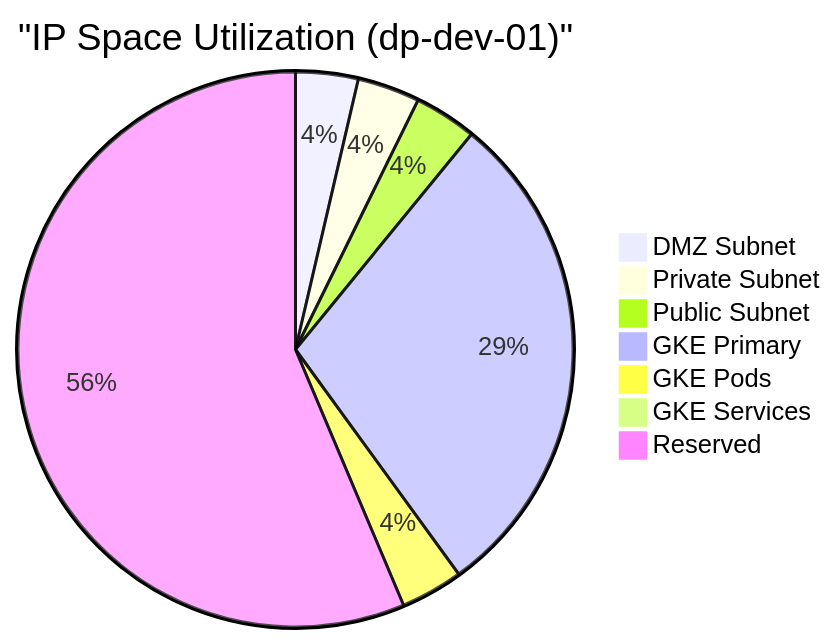
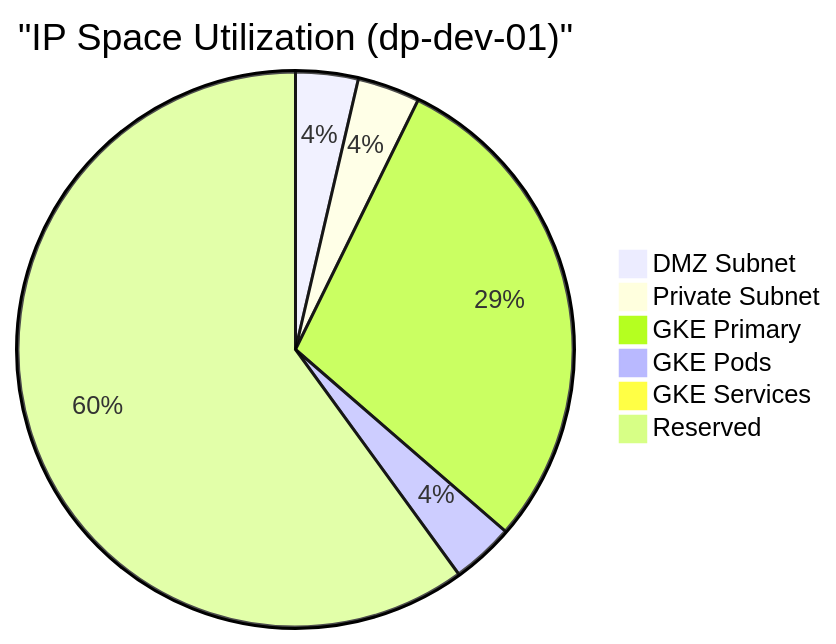
Before and after one commit to spolspol/terragrunt-gcp-org-automation: the sixth of 7 diagrams in docs/ARCHITECTURE_DIAGRAM.md, drawn with Mermaid. The commit also changed other lines of this file and 3 other files, not shown here.

````diff
--- a/docs/ARCHITECTURE_DIAGRAM.md
+++ b/docs/ARCHITECTURE_DIAGRAM.md
@@ -303,10 +319,9 @@
 ```mermaid
 pie title "IP Space Utilization (dp-dev-01)"
     "DMZ Subnet" : 2048
     "Private Subnet" : 2048
-    "Public Subnet" : 2048
     "GKE Primary" : 16384
     "GKE Pods" : 2048
     "GKE Services" : 256
-    "Reserved" : 31744
+    "Reserved" : 33792
 ```
````
